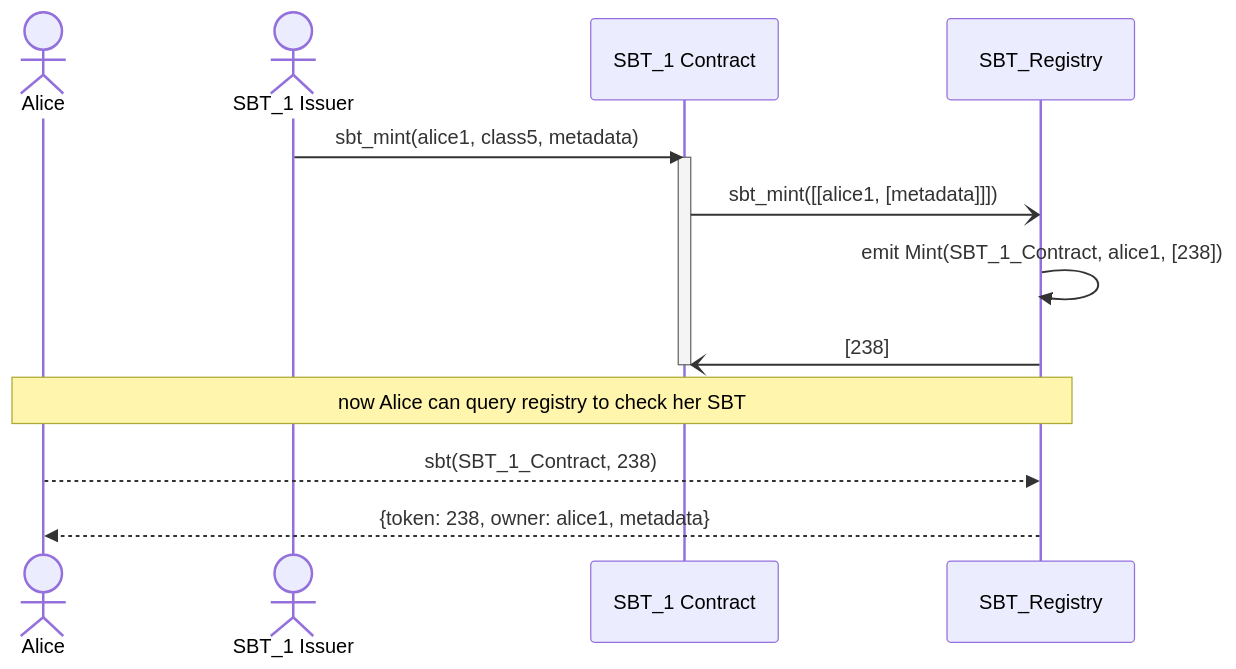
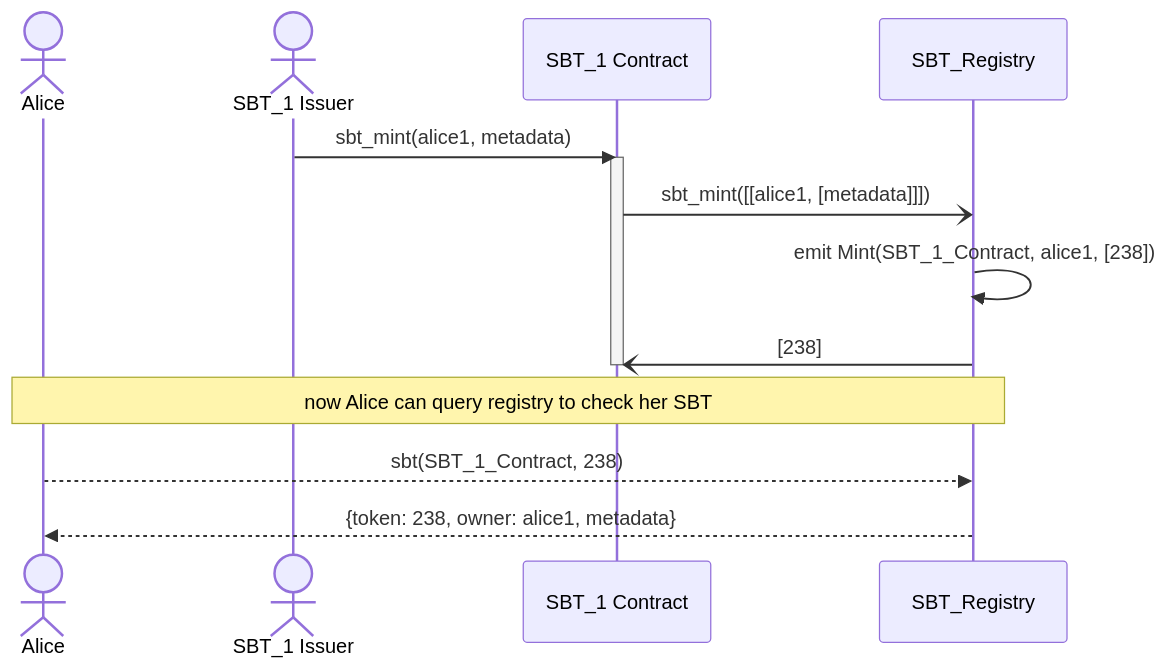
One commit to near/NEPs changed the second of 4 diagrams in neps/nep-0393.md. Above: the diagram before and after it, drawn with Mermaid.

Commit message:
update diagram

````diff
--- a/neps/nep-0393.md
+++ b/neps/nep-0393.md
@@ -453,20 +453,20 @@
 ```mermaid
 sequenceDiagram
     actor Alice
     actor Issuer1 as SBT_1 Issuer
 
     participant SBT1 as SBT_1 Contract
     participant SBT_Registry
 
-    Issuer1->>SBT1: sbt_mint(alice1, class5, metadata)
+    Issuer1->>SBT1: sbt_mint(alice1, metadata)
     activate SBT1
     SBT1-)SBT_Registry: sbt_mint([[alice1, [metadata]]])
     SBT_Registry->>SBT_Registry: emit Mint(SBT_1_Contract, alice1, [238])
     SBT_Registry-)SBT1: [238]
     deactivate SBT1
 
     Note over Alice,SBT_Registry: now Alice can query registry to check her SBT
 
     Alice-->>SBT_Registry: sbt(SBT_1_Contract, 238)
     SBT_Registry-->>Alice: {token: 238, owner: alice1, metadata}
 ```
````
